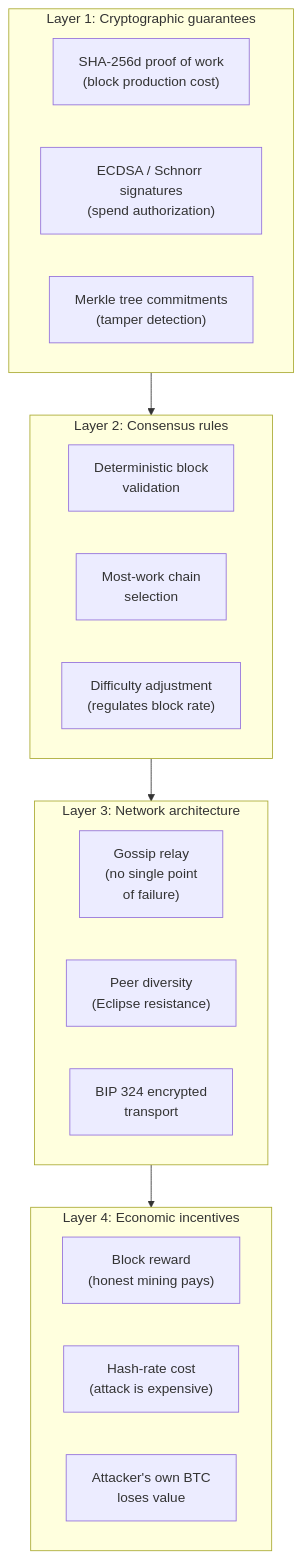
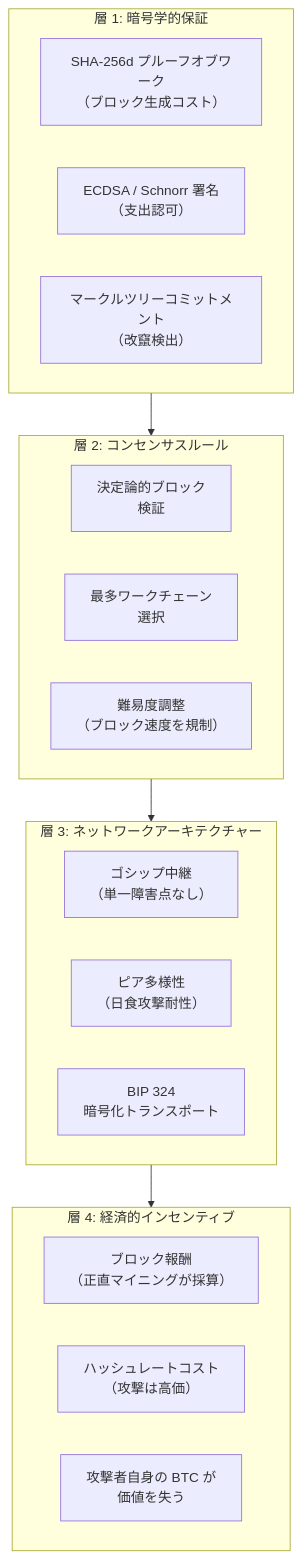
Before and after one commit to cypher256/BitcoinArchive: the fifth of 8 diagrams in src/data/translations/ja/design/2009-01-03-bitcoin-security-model.md, drawn with Mermaid. The commit also changed other lines of this file and 11 other files, not shown here.

````diff
--- a/src/data/translations/ja/design/2009-01-03-bitcoin-security-model.md
+++ b/src/data/translations/ja/design/2009-01-03-bitcoin-security-model.md
@@ -201,30 +201,30 @@
 ```mermaid
 flowchart TB
-    subgraph L1["Layer 1: Cryptographic guarantees"]
-        HASH["SHA-256d proof of work\n(block production cost)"]
-        SIG["ECDSA / Schnorr signatures\n(spend authorization)"]
-        MERKLE["Merkle tree commitments\n(tamper detection)"]
+    subgraph L1["層 1: 暗号学的保証"]
+        HASH["SHA-256d プルーフオブワーク\n（ブロック生成コスト）"]
+        SIG["ECDSA / Schnorr 署名\n（支出認可）"]
+        MERKLE["マークルツリーコミットメント\n（改竄検出）"]
     end
 
-    subgraph L2["Layer 2: Consensus rules"]
-        VALID["Deterministic block\nvalidation"]
-        WORK["Most-work chain\nselection"]
-        DIFF["Difficulty adjustment\n(regulates block rate)"]
+    subgraph L2["層 2: コンセンサスルール"]
+        VALID["決定論的ブロック\n検証"]
+        WORK["最多ワークチェーン\n選択"]
+        DIFF["難易度調整\n（ブロック速度を規制）"]
     end
 
-    subgraph L3["Layer 3: Network architecture"]
-        GOSSIP["Gossip relay\n(no single point\nof failure)"]
-        DIVERSE["Peer diversity\n(Eclipse resistance)"]
-        ENCRYPT["BIP 324 encrypted\ntransport"]
+    subgraph L3["層 3: ネットワークアーキテクチャー"]
+        GOSSIP["ゴシップ中継\n（単一障害点なし）"]
+        DIVERSE["ピア多様性\n（日食攻撃耐性）"]
+        ENCRYPT["BIP 324\n暗号化トランスポート"]
     end
 
-    subgraph L4["Layer 4: Economic incentives"]
-        REWARD["Block reward\n(honest mining pays)"]
-        COST["Hash-rate cost\n(attack is expensive)"]
-        ASSET["Attacker's own BTC\nloses value"]
+    subgraph L4["層 4: 経済的インセンティブ"]
+        REWARD["ブロック報酬\n（正直マイニングが採算）"]
+        COST["ハッシュレートコスト\n（攻撃は高価）"]
+        ASSET["攻撃者自身の BTC が\n価値を失う"]
     end
 
     L1 --> L2
     L2 --> L3
     L3 --> L4
 ```
````
